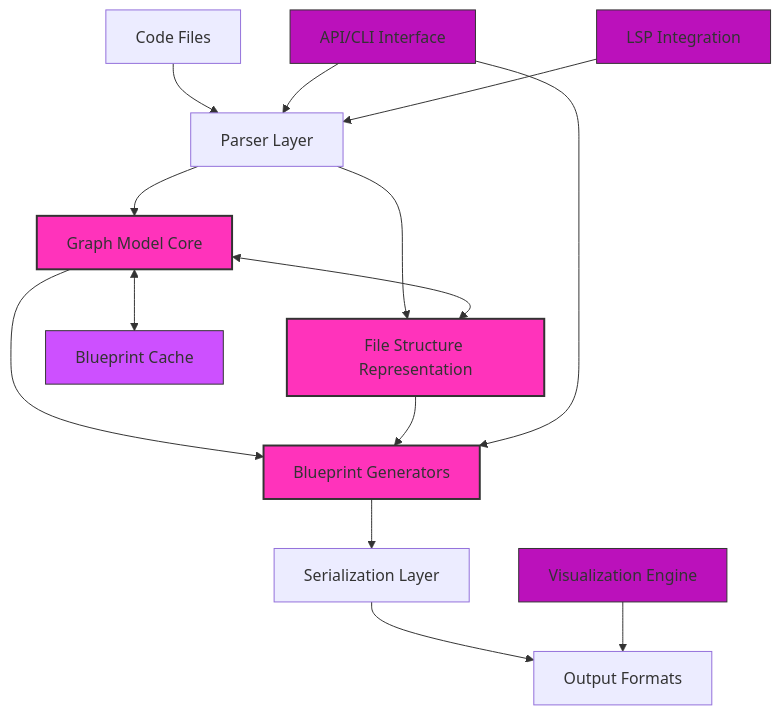
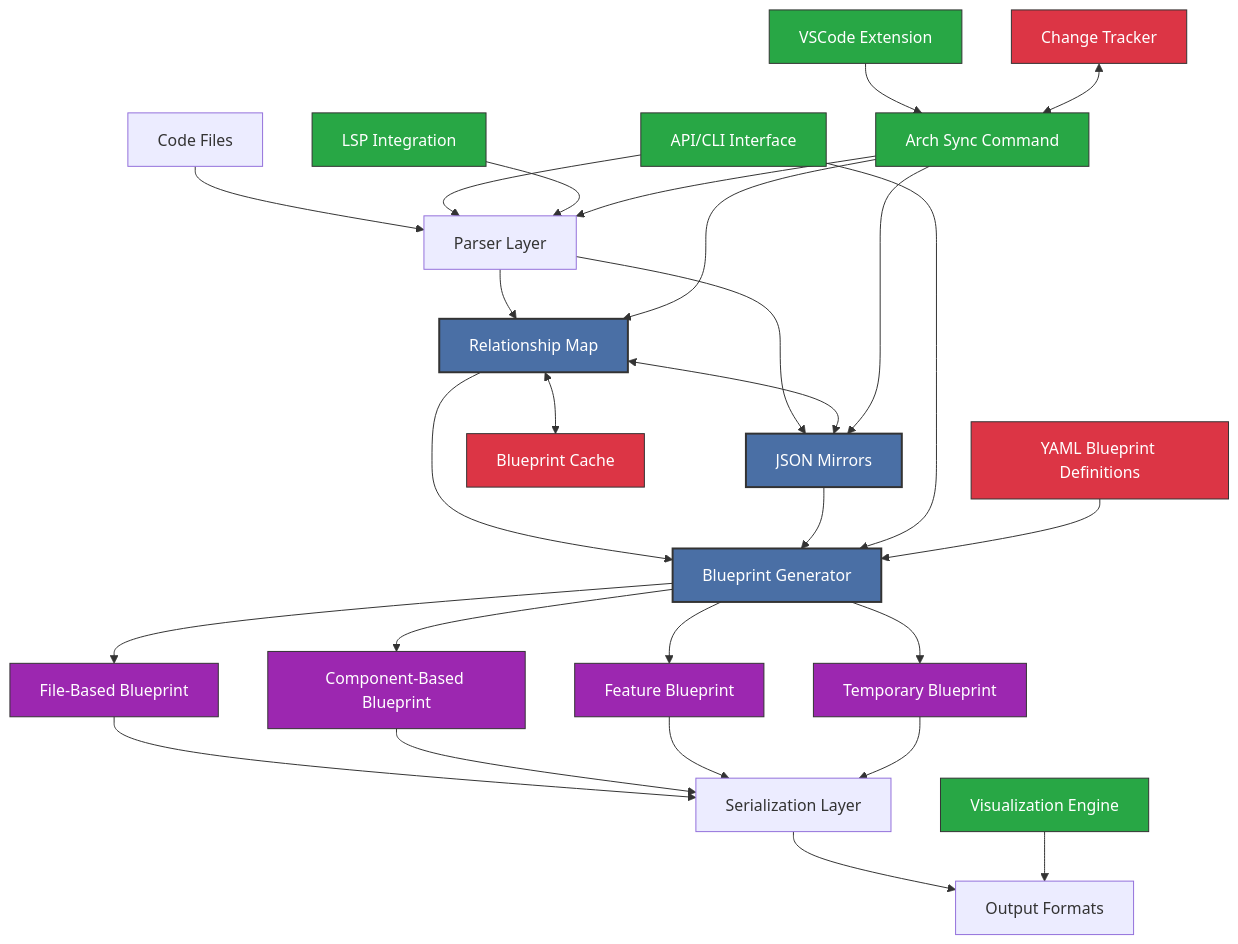
One commit to flyingwolf1701/Architectum changed the first of 4 diagrams in arch_project_docs/architecture_doc.md. Above: the diagram before and after it, drawn with Mermaid. The commit also changed other lines of this file and 43 other files, not shown here.

````diff
--- a/arch_project_docs/architecture_doc.md
+++ b/arch_project_docs/architecture_doc.md
@@ -11,24 +15,45 @@
 ```mermaid
 graph TD
-    classDef coreComponents fill:#f3bf,stroke:#333,stroke-width:2px
-    classDef interfaces fill:#b1bf,stroke:#333,stroke-width:1px
-    classDef dataStores fill:#b1fb,stroke:#333,stroke-width:1px
+     classDef coreComponents fill:#4a6fa5,stroke:#333,stroke-width:2px,color:#fff
+    classDef interfaces fill:#28a745,stroke:#333,stroke-width:1px,color:#fff
+    classDef dataStores fill:#dc3545,stroke:#333,stroke-width:1px,color:#fff
+    classDef blueprints fill:#9c27b0,stroke:#333,stroke-width:1px,color:#fff
 
     A[Code Files] --> B[Parser Layer]
-    B --> C[Graph Model Core]:::coreComponents
-    B --> M[File Structure Representation]:::coreComponents
+    B --> C[Relationship Map]:::coreComponents
+    B --> M[JSON Mirrors]:::coreComponents
     C <--> M
-    C --> D[Blueprint Generators]:::coreComponents
-    M --> D
-    D --> E[Serialization Layer]
+    
+    C --> BP[Blueprint Generator]:::coreComponents
+    M --> BP
+    
+    BP --> FB[File-Based Blueprint]:::blueprints
+    BP --> CB[Component-Based Blueprint]:::blueprints
+    BP --> FEB[Feature Blueprint]:::blueprints
+    BP --> TB[Temporary Blueprint]:::blueprints
+    
+    FB --> E[Serialization Layer]
+    CB --> E
+    FEB --> E
+    TB --> E
     E --> F[Output Formats]
     
     G[API/CLI Interface]:::interfaces --> B
-    G --> D
+    G --> BP
     
     C <--> H[Blueprint Cache]:::dataStores
     
     I[LSP Integration]:::interfaces --> B
     
     J[Visualization Engine]:::interfaces --> F
+    
+    K[Arch Sync Command]:::interfaces --> B
+    K --> C
+    K --> M
+    
+    Y[YAML Blueprint Definitions]:::dataStores --> BP
+    
+    L[VSCode Extension]:::interfaces --> K
+    
+    N[Change Tracker]:::dataStores <--> K
 ```
````
